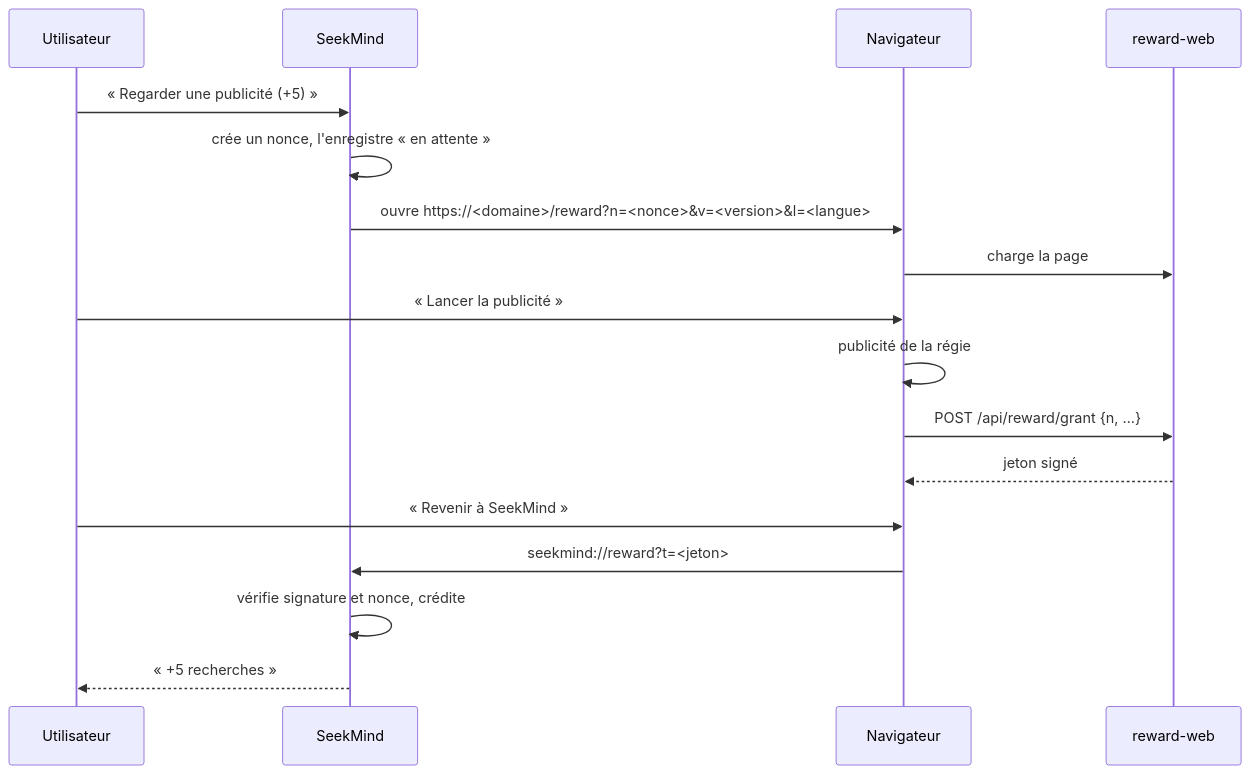
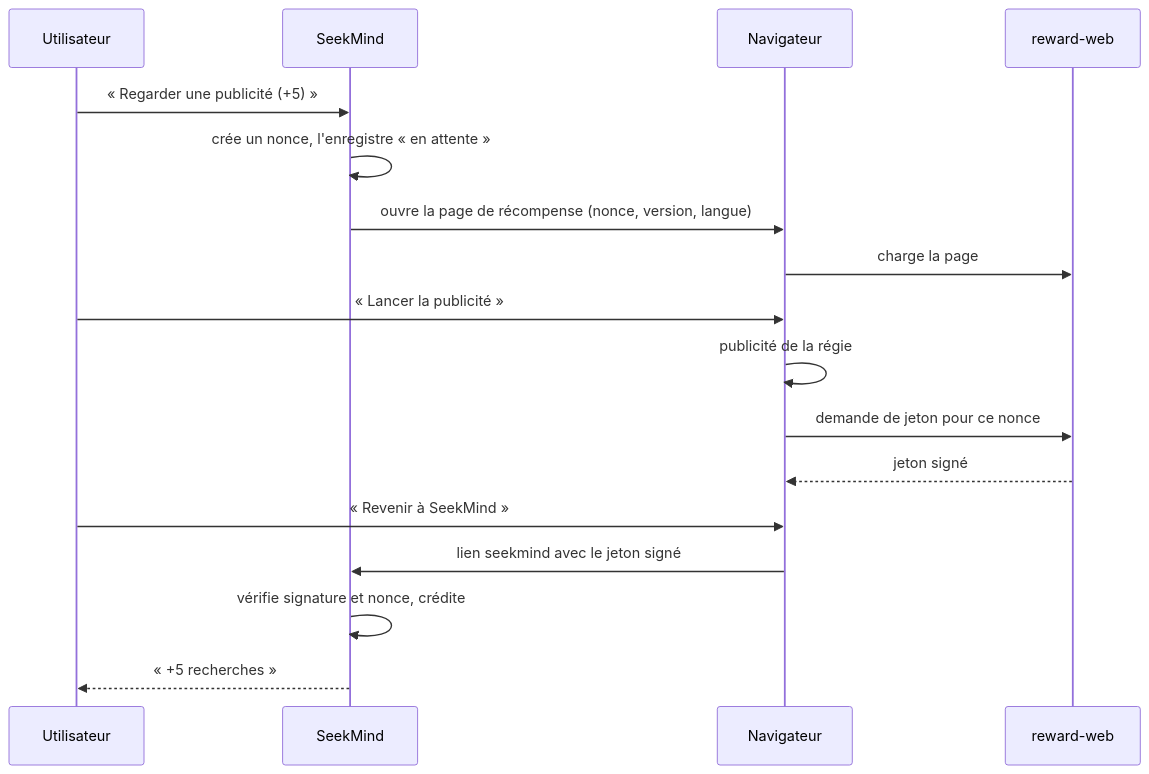
Before and after one commit to nathan33670-spec/Seekmind: the diagram in docs/specs/monetisation.md, drawn with Mermaid. The commit also changed 17 other files, not shown here.

````diff
--- a/docs/specs/monetisation.md
+++ b/docs/specs/monetisation.md
@@ -109,19 +109,19 @@
 ```mermaid
 sequenceDiagram
   participant U as Utilisateur
   participant A as SeekMind
   participant N as Navigateur
   participant W as reward-web
   U->>A: « Regarder une publicité (+5) »
   A->>A: crée un nonce, l'enregistre « en attente »
-  A->>N: ouvre https://<domaine>/reward?n=<nonce>&v=<version>&l=<langue>
+  A->>N: ouvre la page de récompense (nonce, version, langue)
   N->>W: charge la page
   U->>N: « Lancer la publicité »
   N->>N: publicité de la régie
-  N->>W: POST /api/reward/grant {n, …}
+  N->>W: demande de jeton pour ce nonce
   W-->>N: jeton signé
   U->>N: « Revenir à SeekMind »
-  N->>A: seekmind://reward?t=<jeton>
+  N->>A: lien seekmind avec le jeton signé
   A->>A: vérifie signature et nonce, crédite
   A-->>U: « +5 recherches »
 ```
````
